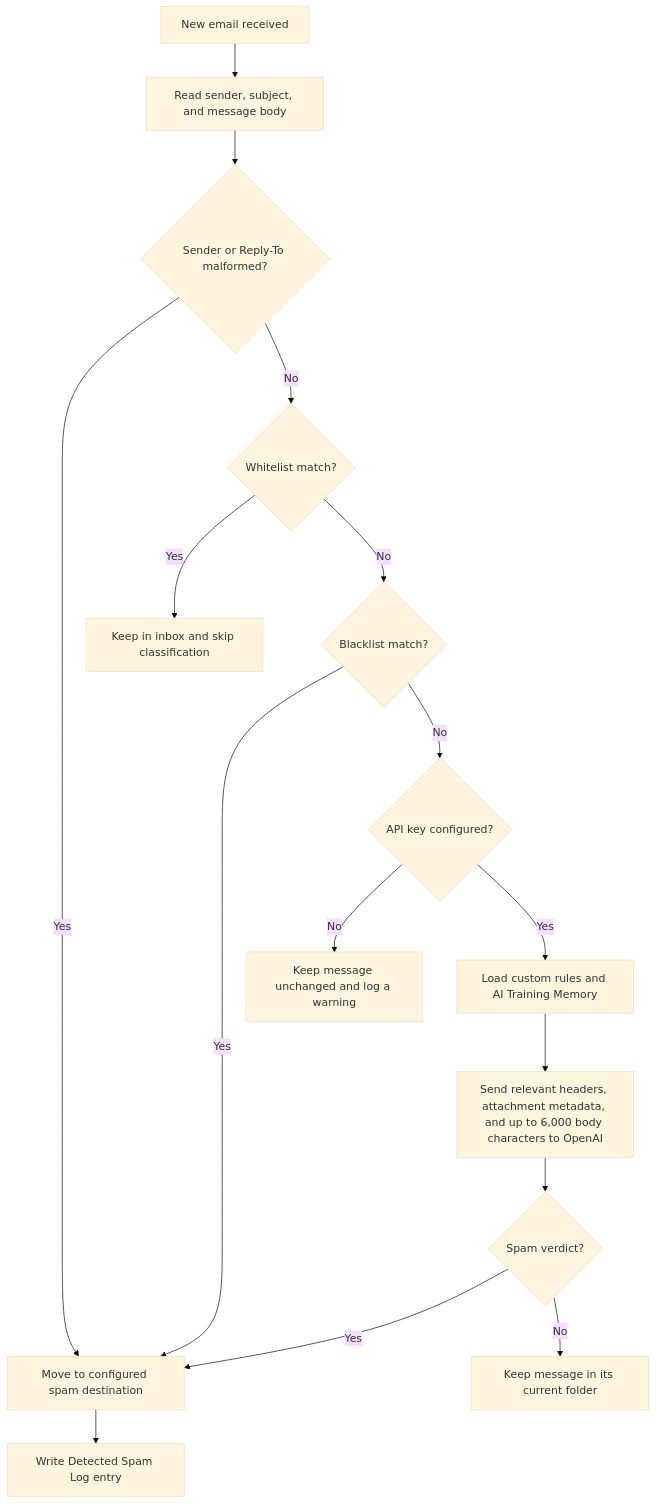
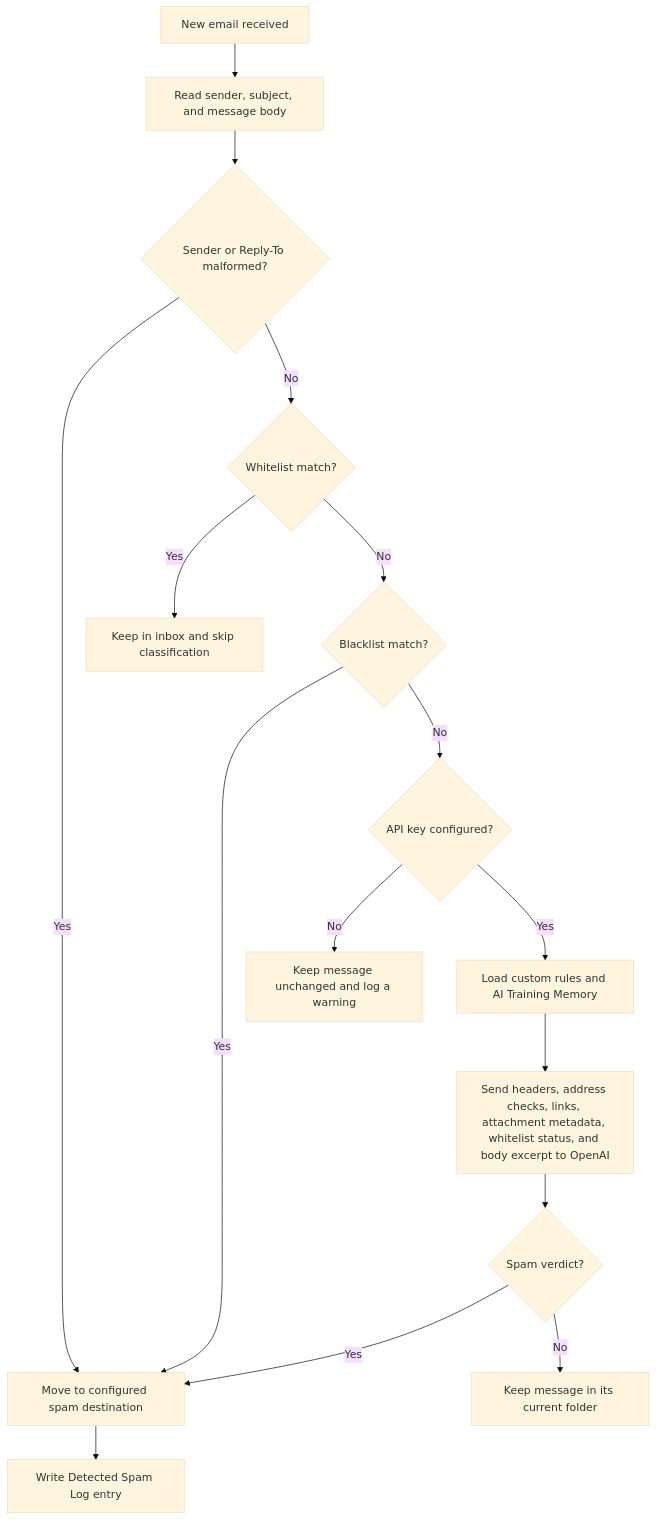
One commit to BlastFM/ThunderbirdPersonalSpamFilter changed the diagram in README.md. Above: the diagram before and after it, drawn with Mermaid (base theme). The commit also changed other lines of this file and 3 other files, not shown here.

````diff
--- a/README.md
+++ b/README.md
@@ -221,18 +221,18 @@
 ```mermaid
 graph TD
     A[New email received] --> B[Read sender, subject, and message body]
     B --> N{Sender or Reply-To malformed?}
     N -- Yes --> F[Move to configured spam destination]
     N -- No --> C{Whitelist match?}
     C -- Yes --> D[Keep in inbox and skip classification]
     C -- No --> E{Blacklist match?}
     E -- Yes --> F[Move to configured spam destination]
     F --> G[Write Detected Spam Log entry]
     E -- No --> H{API key configured?}
     H -- No --> I[Keep message unchanged and log a warning]
     H -- Yes --> J[Load custom rules and AI Training Memory]
-    J --> K[Send relevant headers, attachment metadata, and up to 6,000 body characters to OpenAI]
+    J --> K[Send headers, address checks, links, attachment metadata, whitelist status, and body excerpt to OpenAI]
     K --> L{Spam verdict?}
     L -- Yes --> F
     L -- No --> M[Keep message in its current folder]
 ```
````
